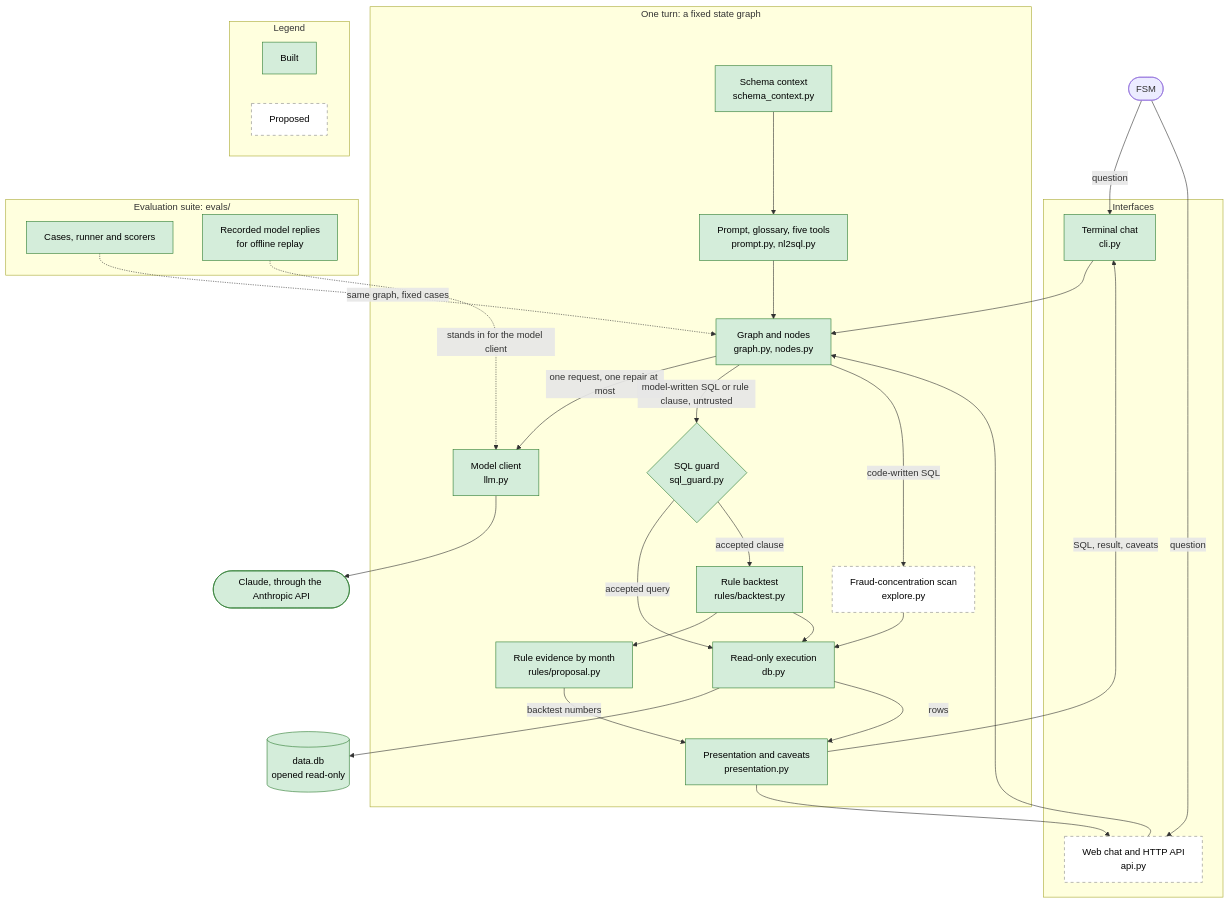
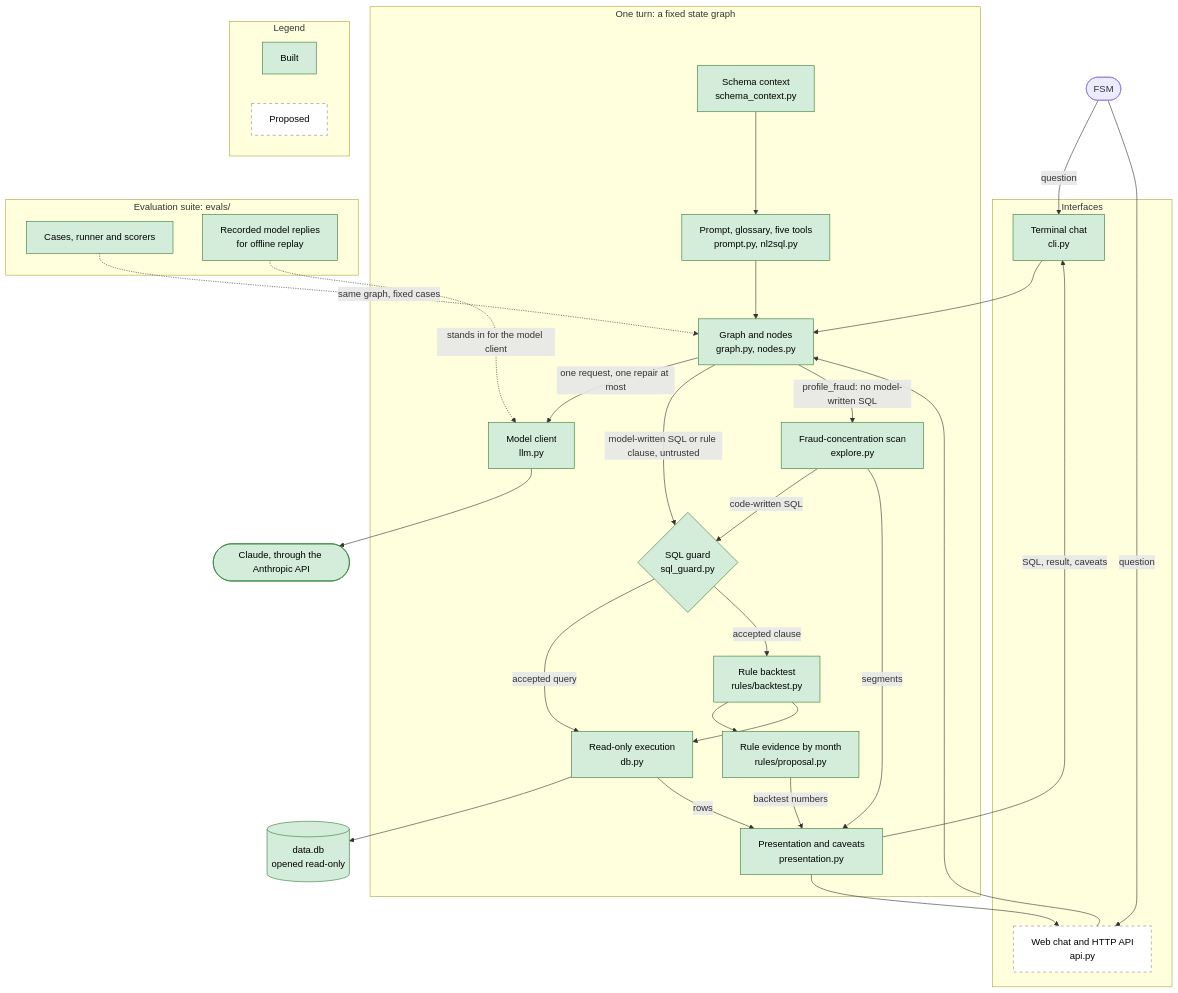
One commit to eliandrog/fsm-assistant-challenge changed the first of 2 diagrams in docs/ARCHITECTURE.md. Above: the diagram before and after it, drawn with Mermaid. The commit also changed other lines of this file and 32 other files, not shown here.

Commit message:
Add the fraud-concentration scan

````diff
--- a/docs/ARCHITECTURE.md
+++ b/docs/ARCHITECTURE.md
@@ -37,63 +37,64 @@
 ```mermaid
 flowchart TD
     FSM(["FSM"])
 
     subgraph IF["Interfaces"]
         CLI["Terminal chat<br/>cli.py"]
         WEB["Web chat and HTTP API<br/>api.py"]
     end
 
     subgraph TURN["One turn: a fixed state graph"]
         GRAPH["Graph and nodes<br/>graph.py, nodes.py"]
         PROMPT["Prompt, glossary, five tools<br/>prompt.py, nl2sql.py"]
         SCHEMA["Schema context<br/>schema_context.py"]
         MODEL["Model client<br/>llm.py"]
         GUARD{"SQL guard<br/>sql_guard.py"}
         EXEC["Read-only execution<br/>db.py"]
         BT["Rule backtest<br/>rules/backtest.py"]
         PROP["Rule evidence by month<br/>rules/proposal.py"]
         SCAN["Fraud-concentration scan<br/>explore.py"]
         PRES["Presentation and caveats<br/>presentation.py"]
     end
 
     CLAUDE(["Claude, through the Anthropic API"])
     DB[("data.db<br/>opened read-only")]
 
     subgraph EV["Evaluation suite: evals/"]
         CASES["Cases, runner and scorers"]
         REC["Recorded model replies<br/>for offline replay"]
     end
 
     FSM -->|"question"| CLI
     FSM -->|"question"| WEB
     CLI --> GRAPH
     WEB --> GRAPH
     SCHEMA --> PROMPT
     PROMPT --> GRAPH
     GRAPH -->|"one request, one repair at most"| MODEL
     MODEL --> CLAUDE
     GRAPH -->|"model-written SQL or rule clause, untrusted"| GUARD
     GUARD -->|"accepted query"| EXEC
     GUARD -->|"accepted clause"| BT
     BT --> PROP
     BT --> EXEC
-    GRAPH -->|"code-written SQL"| SCAN
-    SCAN --> EXEC
+    GRAPH -->|"profile_fraud: no model-written SQL"| SCAN
+    SCAN -->|"code-written SQL"| GUARD
+    SCAN -->|"segments"| PRES
     EXEC --> DB
     EXEC -->|"rows"| PRES
     PROP -->|"backtest numbers"| PRES
     PRES -->|"SQL, result, caveats"| CLI
     PRES --> WEB
     CASES -.->|"same graph, fixed cases"| GRAPH
     REC -.->|"stands in for the model client"| MODEL
 
     subgraph LEGEND["Legend"]
         L1["Built"]
         L2["Proposed"]
     end
 
     classDef built fill:#d4edda,stroke:#2e7d32,color:#000
     classDef proposed fill:#ffffff,stroke:#888888,stroke-dasharray: 5 5,color:#000
-    class CLI,GRAPH,PROMPT,PRES,SCHEMA,EXEC,BT,PROP,GUARD,DB,MODEL,CLAUDE,CASES,REC,L1 built
-    class WEB,SCAN,L2 proposed
+    class CLI,GRAPH,PROMPT,PRES,SCHEMA,EXEC,BT,PROP,GUARD,DB,MODEL,CLAUDE,CASES,REC,SCAN,L1 built
+    class WEB,L2 proposed
 ```
````
